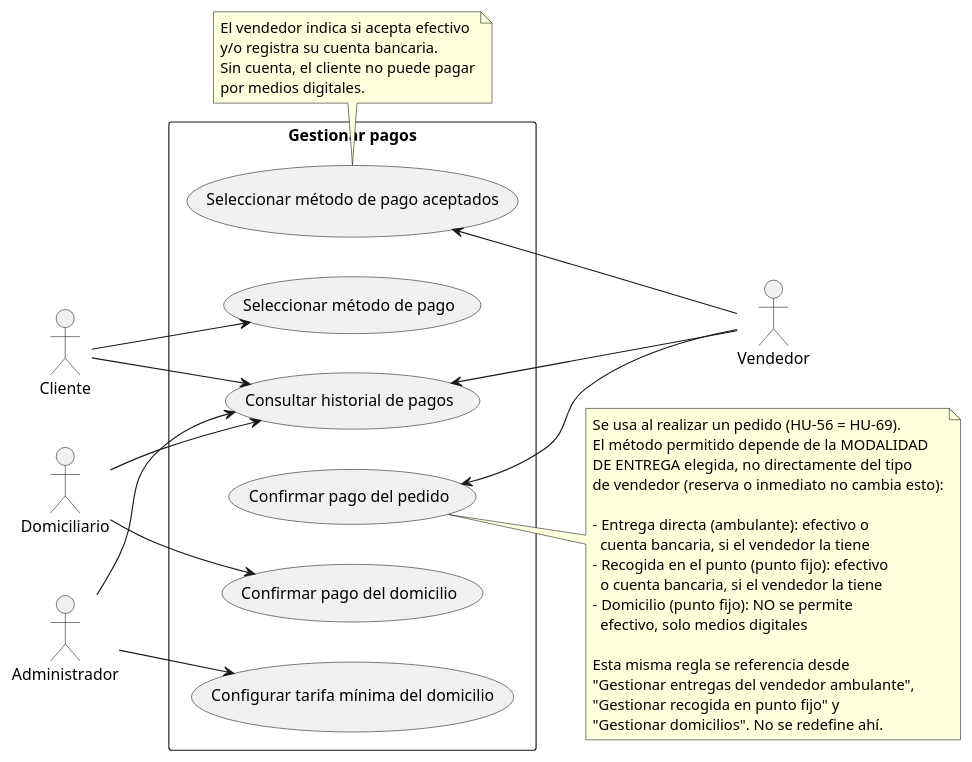
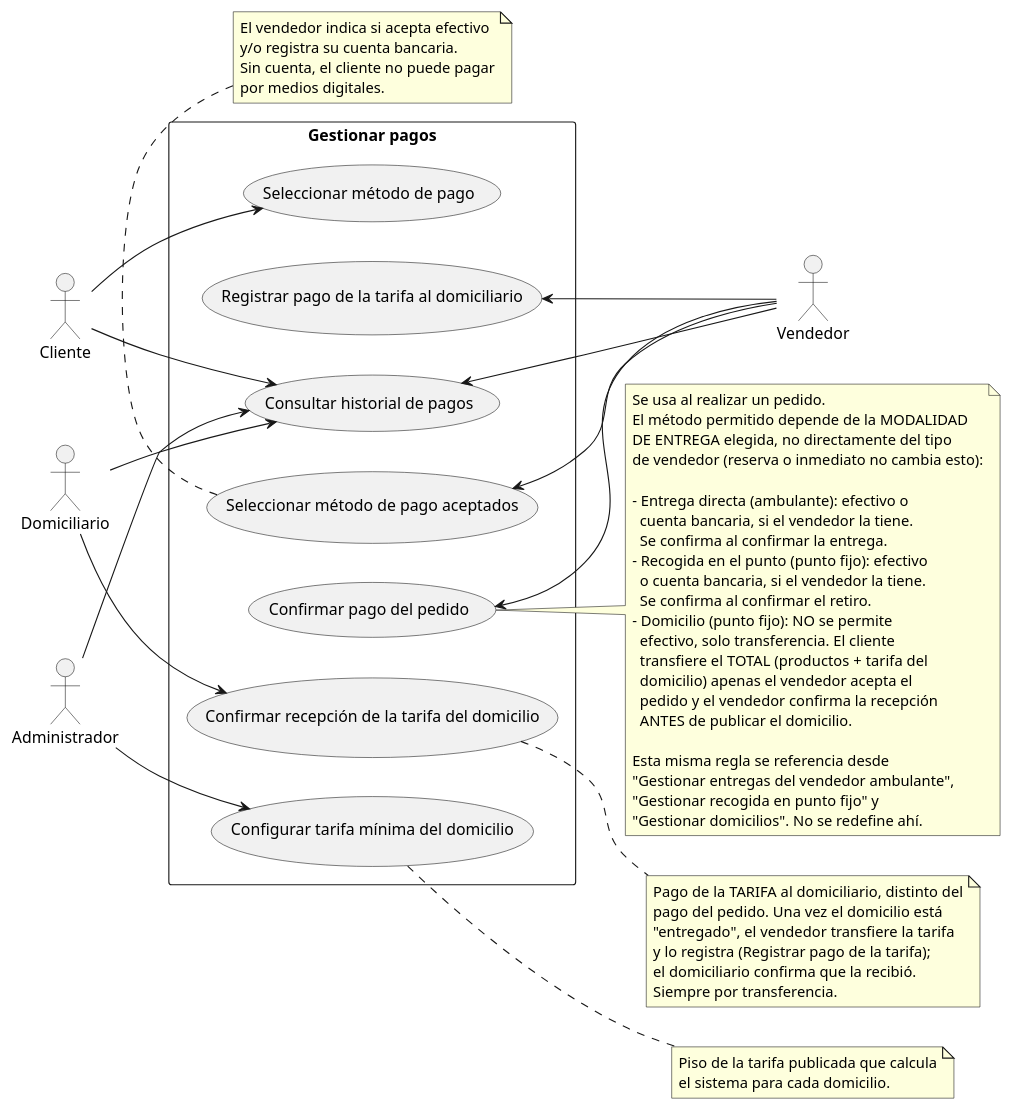
Before and after one commit to RAAR-18/napa: the diagram in casos de uso/gestionar_pagos.puml, drawn with PlantUML. The commit also changed 2 other files, not shown here.

Commit message:
fix(Specs): gestionar_domicilios.puml, gestionar_pagos.puml y gestionar_pedidos.puml: ahora reflejan que el pedido por domicilio se paga antes de publicar y que el vendedor le paga al domiciliario cuando este confirma la entrega.

```diff
--- a/casos de uso/gestionar_pagos.puml
+++ b/casos de uso/gestionar_pagos.puml
@@ -1,58 +1,80 @@
 @startuml
 
 left to right direction
 
 actor "Cliente" as c
 actor "Vendedor" as v
 actor "Domiciliario" as d
 actor "Administrador" as adm
 
 rectangle "Gestionar pagos" {
   usecase "Confirmar pago del pedido" as UC1
-  usecase "Confirmar pago del domicilio" as UC2
+  usecase "Confirmar recepción de la tarifa del domicilio" as UC2
+  usecase "Registrar pago de la tarifa al domiciliario" as UC7
   usecase "Configurar tarifa mínima del domicilio" as UC3
   usecase "Consultar historial de pagos" as UC4
   usecase "Seleccionar método de pago" as UC5
   usecase "Seleccionar método de pago aceptados" as UC6
 }
 
 UC1 <-- v
 UC4 <-- v
 UC6 <-- v
+UC7 <-- v
 d --> UC2
 adm --> UC3
 
 c --> UC4
 c --> UC5
 
 
 d --> UC4
 adm --> UC4
 
 note right of UC1
-  Se usa al realizar un pedido (HU-56 = HU-69).
+  Se usa al realizar un pedido.
   El método permitido depende de la MODALIDAD
   DE ENTREGA elegida, no directamente del tipo
   de vendedor (reserva o inmediato no cambia esto):
 
   - Entrega directa (ambulante): efectivo o
-    cuenta bancaria, si el vendedor la tiene
+    cuenta bancaria, si el vendedor la tiene.
+    Se confirma al confirmar la entrega.
   - Recogida en el punto (punto fijo): efectivo
-    o cuenta bancaria, si el vendedor la tiene
+    o cuenta bancaria, si el vendedor la tiene.
+    Se confirma al confirmar el retiro.
   - Domicilio (punto fijo): NO se permite
-    efectivo, solo medios digitales
+    efectivo, solo transferencia. El cliente
+    transfiere el TOTAL (productos + tarifa del
+    domicilio) apenas el vendedor acepta el
+    pedido y el vendedor confirma la recepción
+    ANTES de publicar el domicilio.
 
   Esta misma regla se referencia desde
   "Gestionar entregas del vendedor ambulante",
   "Gestionar recogida en punto fijo" y
   "Gestionar domicilios". No se redefine ahí.
+end note
+
+note right of UC2
+  Pago de la TARIFA al domiciliario, distinto del
+  pago del pedido. Una vez el domicilio está
+  "entregado", el vendedor transfiere la tarifa
+  y lo registra (Registrar pago de la tarifa);
+  el domiciliario confirma que la recibió.
+  Siempre por transferencia.
+end note
+
+note right of UC3
+  Piso de la tarifa publicada que calcula
+  el sistema para cada domicilio.
 end note
 
 note bottom of UC6
   El vendedor indica si acepta efectivo
   y/o registra su cuenta bancaria.
   Sin cuenta, el cliente no puede pagar
   por medios digitales.
 end note
 
 @enduml
```
